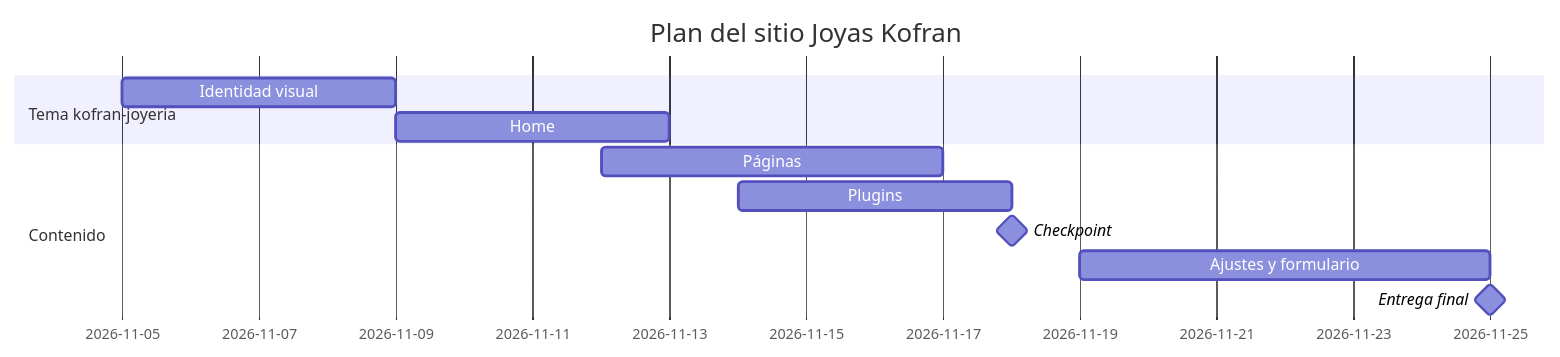
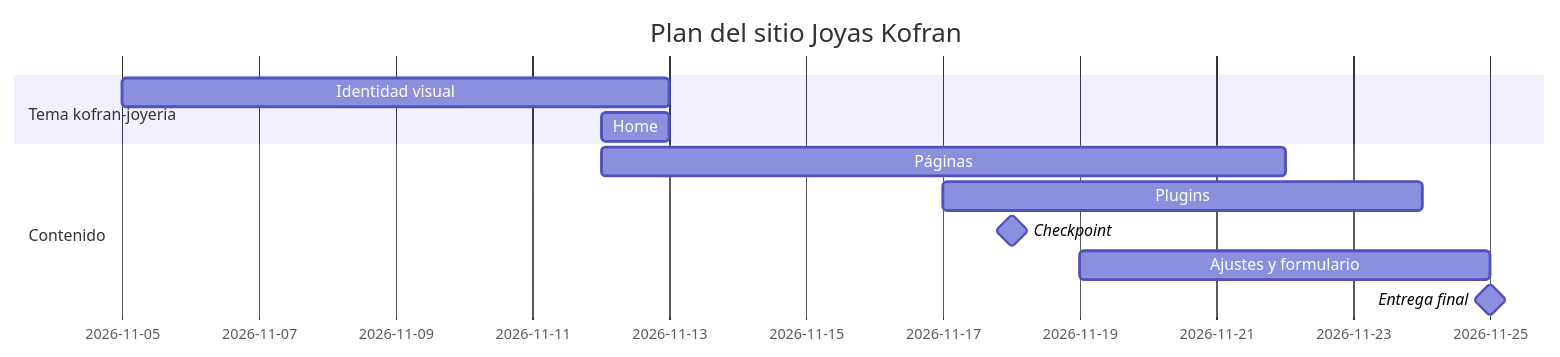
One commit to Andreiro2/mi_emprendimiento_wp changed the diagram in proyecto/decisiones.md. Above: the diagram before and after it, drawn with Mermaid. The commit also changed other lines of this file, not shown here.

````diff
--- a/proyecto/decisiones.md
+++ b/proyecto/decisiones.md
@@ -48,14 +48,14 @@
 ```mermaid
 gantt
     dateFormat YYYY-MM-DD
     title Plan del sitio Joyas Kofran
     section Tema kofran-joyeria
-    Identidad visual :2026-11-05, 4d
-    Home             :2026-11-09, 4d
+    Identidad visual :2026-11-05, 8d
+    Home             :2026-11-12, 1d
     section Contenido
-    Páginas          :2026-11-12, 5d
-    Plugins          :2026-11-14, 4d
+    Páginas          :2026-11-12, 10d
+    Plugins          :2026-11-17, 7d
     Checkpoint       :milestone, 2026-11-18, 0d
     Ajustes y formulario :2026-11-19, 6d
     Entrega final    :milestone, 2026-11-25, 0d
 ```
````
